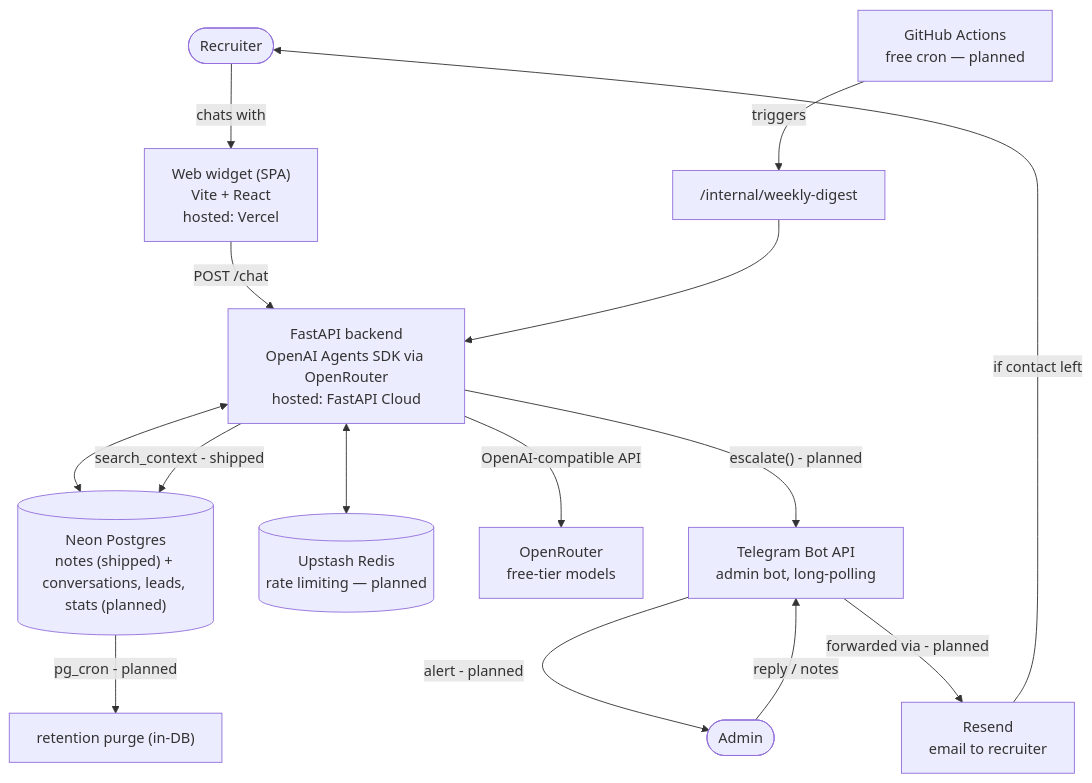
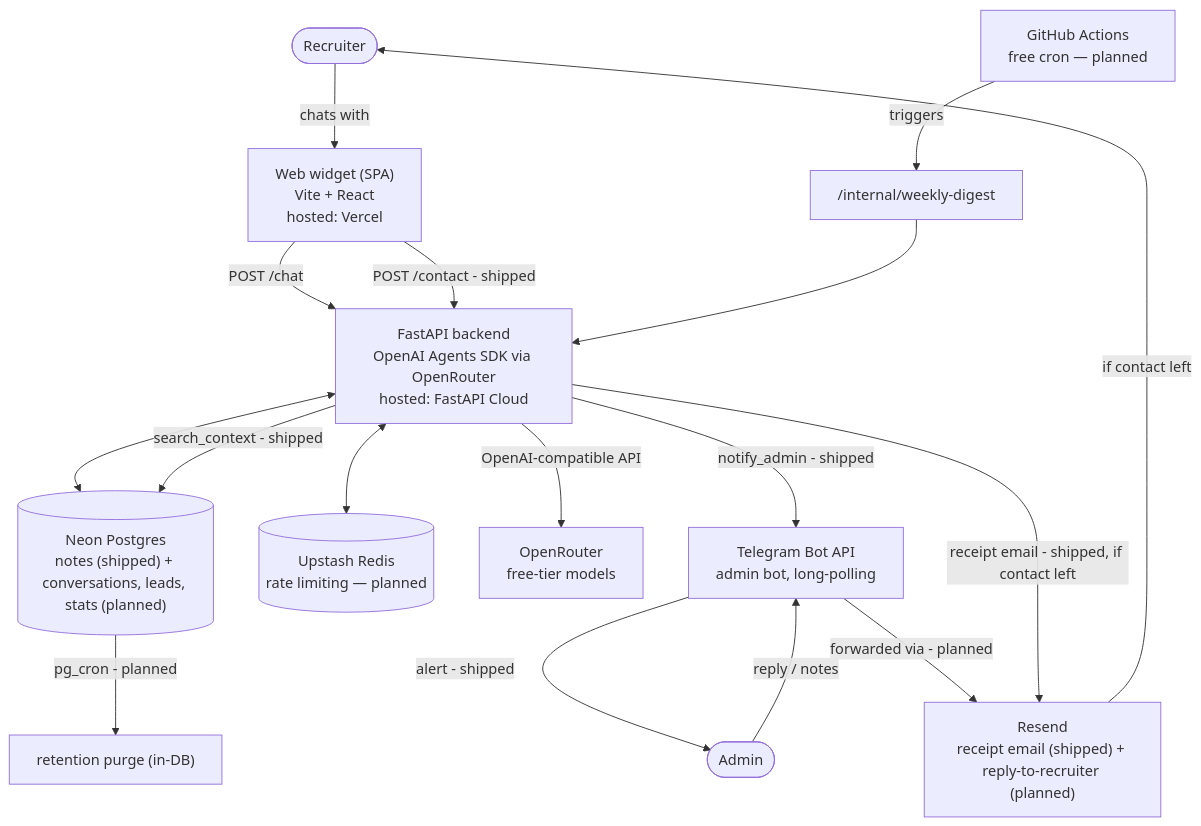
One commit to Chitresh-code/relay changed the first of 2 diagrams in docs/ARCHITECTURE.md. Above: the diagram before and after it, drawn with Mermaid. The commit also changed other lines of this file and 13 other files, not shown here.

First line of the commit message:
feat(escalation): wire request_contact to Telegram alert + Resend receipt (#11)

````diff
--- a/docs/ARCHITECTURE.md
+++ b/docs/ARCHITECTURE.md
@@ -7,20 +7,22 @@
 ```mermaid
 flowchart TD
     Recruiter([Recruiter]) -->|chats with| Widget["Web widget (SPA)<br/>Vite + React<br/>hosted: Vercel"]
     Widget -->|POST /chat| Backend["FastAPI backend<br/>OpenAI Agents SDK via OpenRouter<br/>hosted: FastAPI Cloud"]
+    Widget -->|"POST /contact - shipped"| Backend
 
     Backend <--> DB[("Neon Postgres<br/>notes (shipped) + conversations, leads, stats (planned)")]
     Backend <--> Redis[("Upstash Redis<br/>rate limiting — planned")]
     Backend -->|OpenAI-compatible API| OpenRouter["OpenRouter<br/>free-tier models"]
 
-    Backend -->|"escalate() - planned"| TG["Telegram Bot API<br/>admin bot, long-polling"]
+    Backend -->|"notify_admin - shipped"| TG["Telegram Bot API<br/>admin bot, long-polling"]
     Backend -->|"search_context - shipped"| DB
-    TG -->|alert - planned| Admin([Admin])
+    TG -->|alert - shipped| Admin([Admin])
     Admin -->|reply / notes| TG
-    TG -->|forwarded via - planned| Resend["Resend<br/>email to recruiter"]
+    TG -->|"forwarded via - planned"| Resend["Resend<br/>receipt email (shipped) + reply-to-recruiter (planned)"]
+    Backend -->|"receipt email - shipped, if contact left"| Resend
     Resend -->|if contact left| Recruiter
 
     DB -->|"pg_cron - planned"| Purge["retention purge (in-DB)"]
     Cron["GitHub Actions<br/>free cron — planned"] -->|triggers| Digest["/internal/weekly-digest"]
     Digest --> Backend
 ```
````
